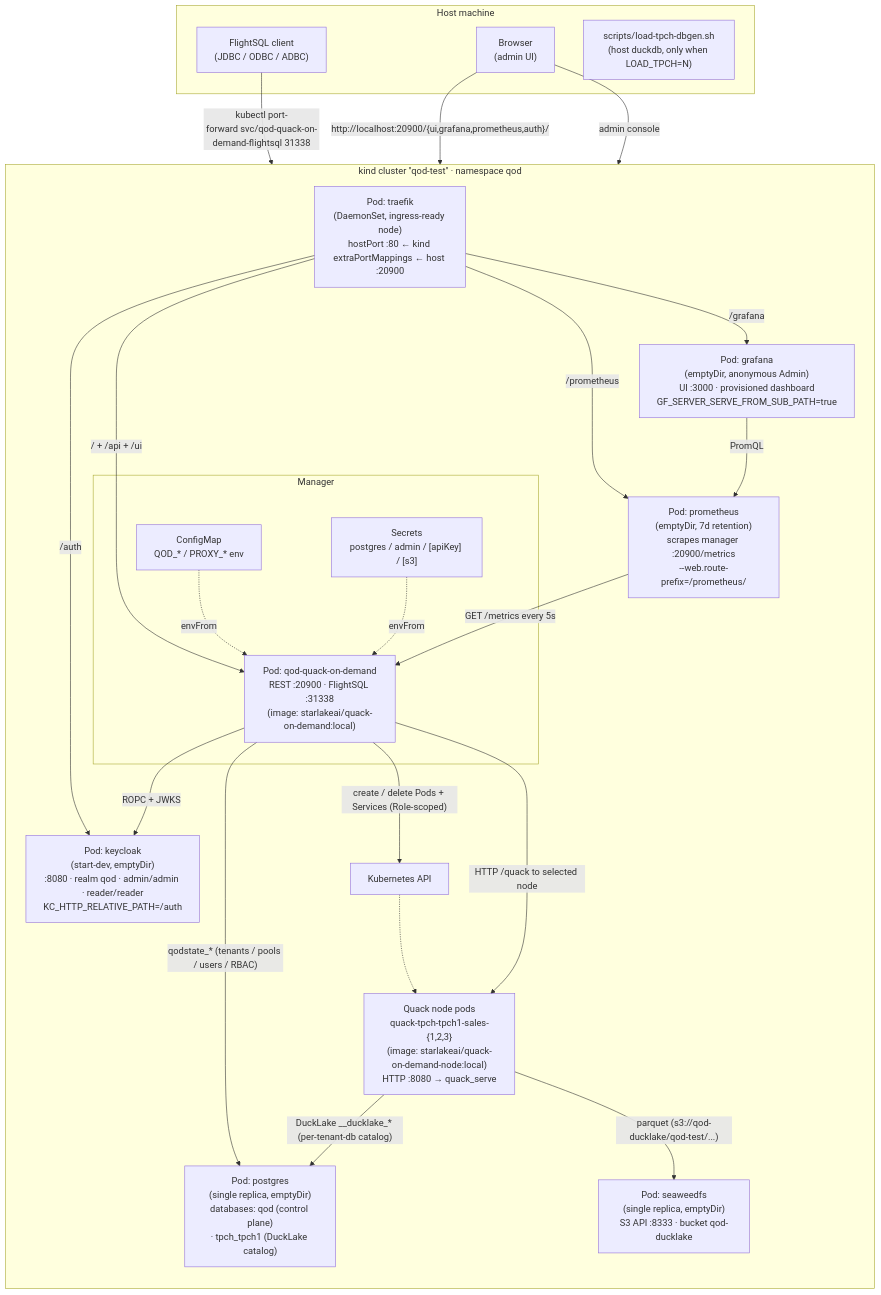
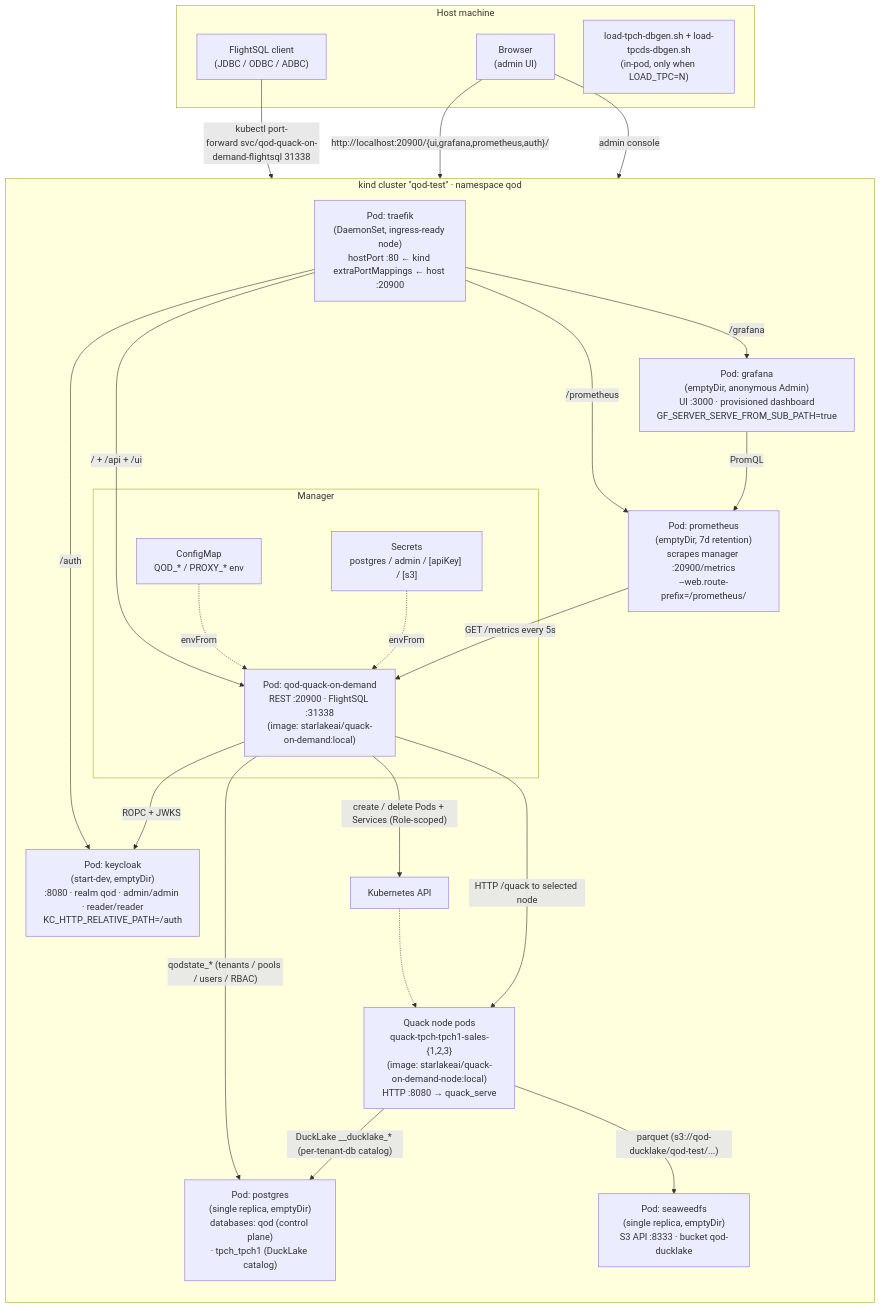
Before and after one commit to starlake-ai/quack-on-demand: the second of 2 diagrams in charts/quack-on-demand/local-stack-k8s/README.md, drawn with Mermaid. The commit also changed other lines of this file and 5 other files, not shown here.

First line of the commit message:
feat(k8s): bring helm chart + local-stack-k8s to LOAD_TPC parity

````diff
--- a/charts/quack-on-demand/local-stack-k8s/README.md
+++ b/charts/quack-on-demand/local-stack-k8s/README.md
@@ -73,65 +73,65 @@
 ```mermaid
 flowchart TB
     subgraph host["Host machine"]
         client["FlightSQL client<br/>(JDBC / ODBC / ADBC)"]
         browser["Browser<br/>(admin UI)"]
-        loadtpch["scripts/load-tpch-dbgen.sh<br/>(host duckdb, only when LOAD_TPCH=N)"]
+        loadtpc["load-tpch-dbgen.sh + load-tpcds-dbgen.sh<br/>(in-pod, only when LOAD_TPC=N)"]
     end
 
     subgraph kind["kind cluster &quot;qod-test&quot; · namespace qod"]
         direction TB
 
         subgraph manager_block["Manager"]
             manager["Pod: qod-quack-on-demand<br/>REST :20900 · FlightSQL :31338<br/>(image: starlakeai/quack-on-demand:local)"]
             cfg["ConfigMap<br/>QOD_* / PROXY_* env"]
             sec["Secrets<br/>postgres / admin / [apiKey] / [s3]"]
         end
 
         nodes["Quack node pods<br/>quack-tpch-tpch1-sales-{1,2,3}<br/>(image: starlakeai/quack-on-demand-node:local)<br/>HTTP :8080 → quack_serve"]
 
         pg["Pod: postgres<br/>(single replica, emptyDir)<br/>databases: qod (control plane)<br/>· tpch_tpch1 (DuckLake catalog)"]
         sw["Pod: seaweedfs<br/>(single replica, emptyDir)<br/>S3 API :8333 · bucket qod-ducklake"]
         prom["Pod: prometheus<br/>(emptyDir, 7d retention)<br/>scrapes manager :20900/metrics<br/>--web.route-prefix=/prometheus/"]
         graf["Pod: grafana<br/>(emptyDir, anonymous Admin)<br/>UI :3000 · provisioned dashboard<br/>GF_SERVER_SERVE_FROM_SUB_PATH=true"]
         kc["Pod: keycloak<br/>(start-dev, emptyDir)<br/>:8080 · realm qod · admin/admin · reader/reader<br/>KC_HTTP_RELATIVE_PATH=/auth"]
         ingress["Pod: traefik<br/>(DaemonSet, ingress-ready node)<br/>hostPort :80 ← kind extraPortMappings ← host :20900"]
 
         kapi["Kubernetes API"]
     end
 
     %% Client / operator traffic
     browser   -- "http://localhost:20900/{ui,grafana,prometheus,auth}/" --> ingress
     client    -- "kubectl port-forward&nbsp;svc/qod-quack-on-demand-flightsql 31338" --> manager
 
     %% Ingress fan-out
     ingress -- "/ + /api + /ui" --> manager
     ingress -- "/grafana"       --> graf
     ingress -- "/prometheus"    --> prom
     ingress -- "/auth"          --> kc
 
     %% Config + secret injection
     cfg -. envFrom .-> manager
     sec -. envFrom .-> manager
 
     %% Manager - K8s control plane
     manager  -- "create / delete Pods + Services (Role-scoped)" --> kapi
     kapi -.-> nodes
 
     %% Manager - control plane DB
     manager -- "qodstate_* (tenants / pools / users / RBAC)" --> pg
 
     %% Statement routing
     manager -- "HTTP /quack to selected node" --> nodes
 
     %% Node - data plane
     nodes -- "DuckLake __ducklake_* (per-tenant-db catalog)" --> pg
     nodes -- "parquet (s3://qod-ducklake/qod-test/...)"      --> sw
 
     %% Observability
     prom -- "GET /metrics every 5s" --> manager
     graf -- "PromQL" --> prom
 
     %% OIDC
     manager -- "ROPC + JWKS" --> kc
     browser -- "admin console" --> kc
 ```
````
